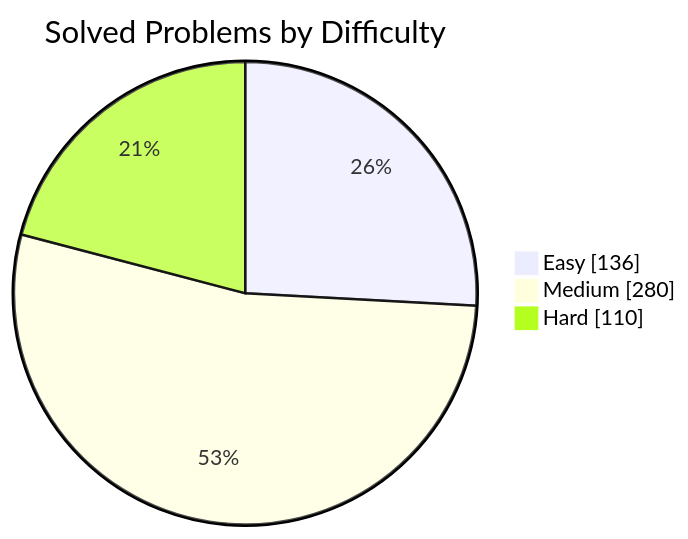
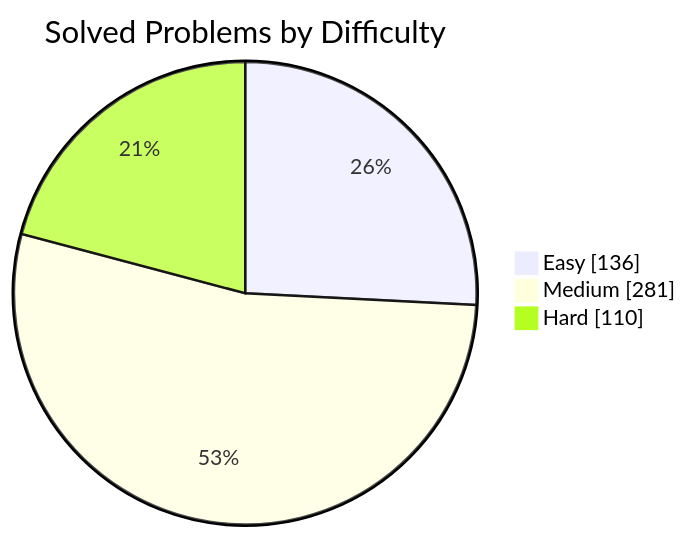
One commit to manikantbindass/DSA-Preparation-FAANG changed the first of 2 diagrams in README.md. Above: the diagram before and after it, drawn with Mermaid. The commit also changed other lines of this file and 1 other file, not shown here.

````diff
--- a/README.md
+++ b/README.md
@@ -79,7 +79,7 @@
 ```mermaid
 pie showData
     title Solved Problems by Difficulty
     "Easy" : 136
-    "Medium" : 280
+    "Medium" : 281
     "Hard" : 110
 ```
````
